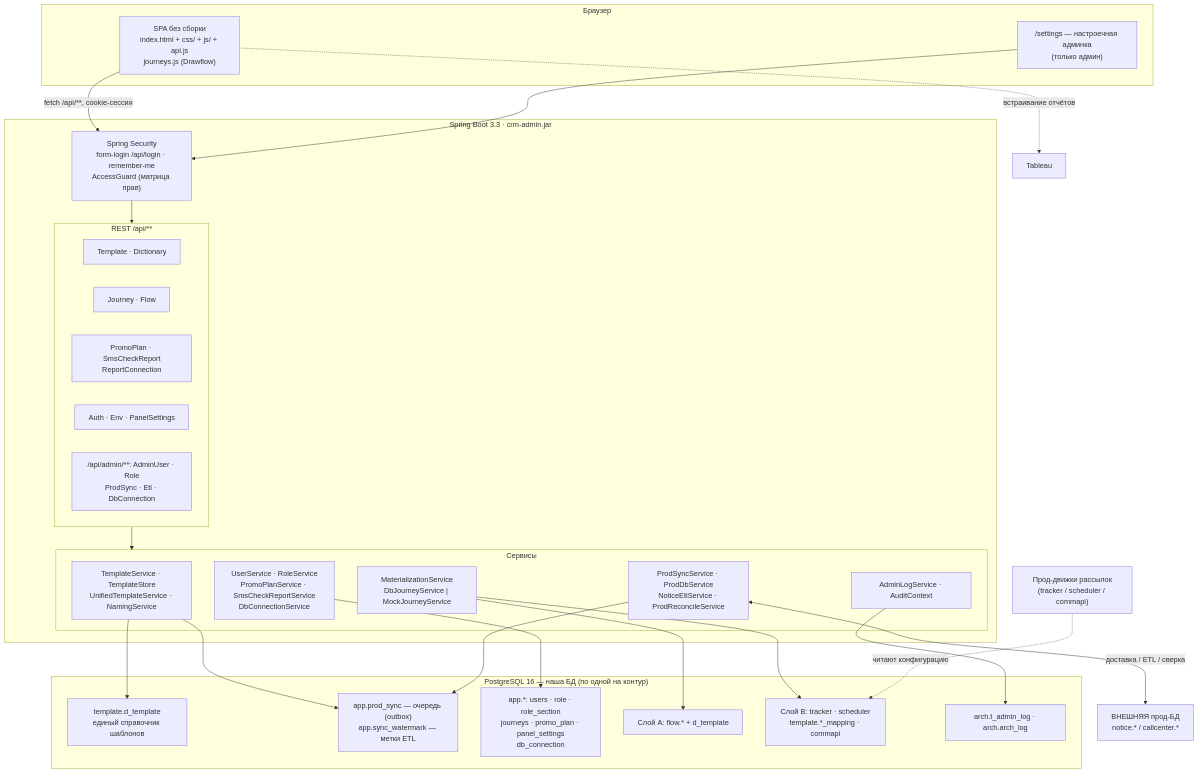
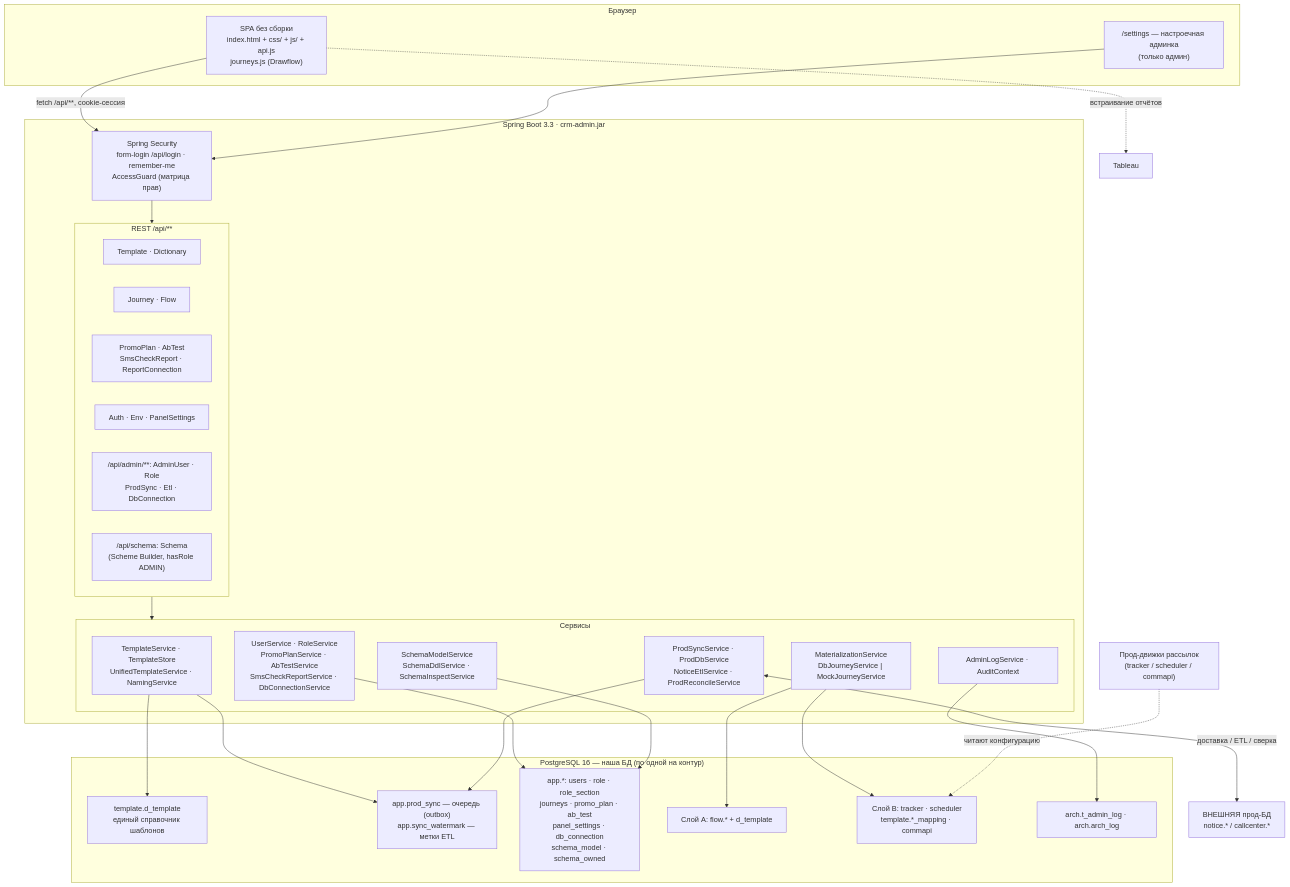
The first of 2 diagrams in crm-admin/docs/Architecture/Обзор архитектуры.md (AlexRaisky/crm.banki.ru), drawn with Mermaid before and after one commit. The commit also changed other lines of this file and 28 other files, not shown here.

````diff
--- a/crm-admin/docs/Architecture/Обзор архитектуры.md
+++ b/crm-admin/docs/Architecture/Обзор архитектуры.md
@@ -13,51 +13,54 @@
 ```mermaid
 flowchart TB
     subgraph Browser["Браузер"]
         SPA["SPA без сборки<br/>index.html + css/ + js/ + api.js<br/>journeys.js (Drawflow)"]
         SET["/settings — настроечная админка<br/>(только админ)"]
     end
 
     subgraph App["Spring Boot 3.3 · crm-admin.jar"]
         SEC["Spring Security<br/>form-login /api/login · remember-me<br/>AccessGuard (матрица прав)"]
         subgraph Ctrl["REST /api/**"]
             C1["Template · Dictionary"]
             C2["Journey · Flow"]
-            C3["PromoPlan · SmsCheckReport<br/>ReportConnection"]
+            C3["PromoPlan · AbTest<br/>SmsCheckReport · ReportConnection"]
             C4["Auth · Env · PanelSettings"]
             C5["/api/admin/**: AdminUser · Role<br/>ProdSync · Etl · DbConnection"]
+            C6["/api/schema: Schema<br/>(Scheme Builder, hasRole ADMIN)"]
         end
         subgraph Svc["Сервисы"]
             S1["TemplateService · TemplateStore<br/>UnifiedTemplateService · NamingService"]
             S2["MaterializationService<br/>DbJourneyService | MockJourneyService"]
             S3["ProdSyncService · ProdDbService<br/>NoticeEtlService · ProdReconcileService"]
-            S4["UserService · RoleService<br/>PromoPlanService · SmsCheckReportService<br/>DbConnectionService"]
+            S4["UserService · RoleService<br/>PromoPlanService · AbTestService<br/>SmsCheckReportService · DbConnectionService"]
             S5["AdminLogService · AuditContext"]
+            S6["SchemaModelService<br/>SchemaDdlService · SchemaInspectService"]
         end
     end
 
     subgraph OurDB["PostgreSQL 16 — наша БД (по одной на контур)"]
         T1["template.d_template<br/>единый справочник шаблонов"]
         T2["app.prod_sync — очередь (outbox)<br/>app.sync_watermark — метки ETL"]
-        T3["app.*: users · role · role_section<br/>journeys · promo_plan · panel_settings<br/>db_connection"]
+        T3["app.*: users · role · role_section<br/>journeys · promo_plan · ab_test<br/>panel_settings · db_connection<br/>schema_model · schema_owned"]
         T4["Слой A: flow.* + d_template"]
         T5["Слой B: tracker · scheduler<br/>template.*_mapping · commapi"]
         T6["arch.t_admin_log · arch.arch_log"]
     end
 
     PROD["ВНЕШНЯЯ прод-БД<br/>notice.* / callcenter.*"]
     ENG["Прод-движки рассылок<br/>(tracker / scheduler / commapi)"]
     TAB["Tableau"]
 
     SPA -->|"fetch /api/**, cookie-сессия"| SEC --> Ctrl --> Svc
     SET --> SEC
     S1 --> T1
     S1 --> T2
     S2 --> T4
     S2 --> T5
     S3 --> T2
     S3 <-->|"доставка / ETL / сверка"| PROD
     S4 --> T3
     S5 --> T6
+    S6 --> T3
     ENG -.->|"читают конфигурацию"| T5
     SPA -.->|"встраивание отчётов"| TAB
 ```
````
